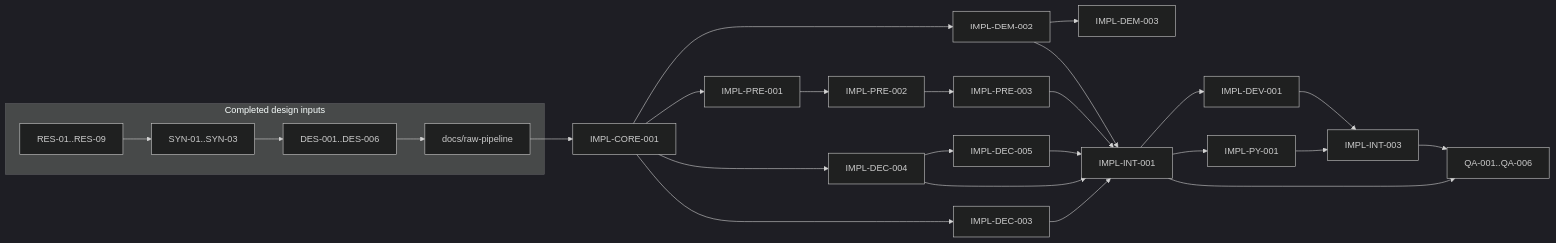
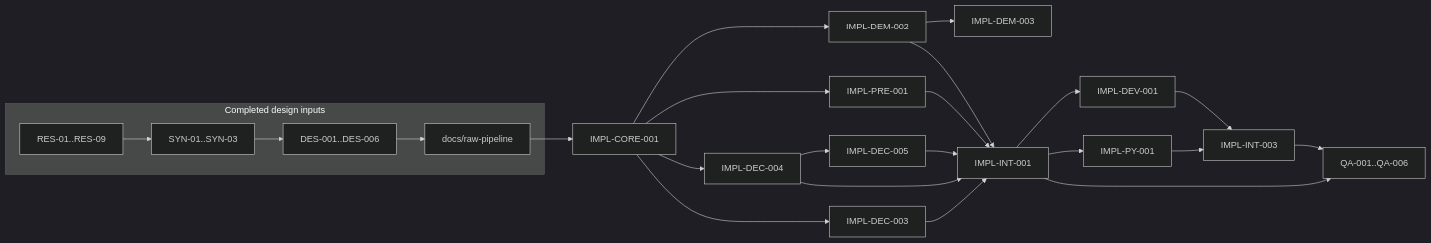
The diagram in agent-work/tasks/raw-pipeline/README.md (Glatzel/fornax), drawn with Mermaid (dark theme) before and after one commit. The commit also changed other lines of this file and 21 other files, not shown here.

Commit message:
feat(impl-pre-001): implement preprocessing pipeline

````diff
--- a/agent-work/tasks/raw-pipeline/README.md
+++ b/agent-work/tasks/raw-pipeline/README.md
@@ -108,45 +105,42 @@
 ```mermaid
 flowchart LR
     subgraph Completed["Completed design inputs"]
         R0["RES-01..RES-09"]
         S["SYN-01..SYN-03"]
         D["DES-001..DES-006"]
         Docs["docs/raw-pipeline"]
         R0 --> S --> D --> Docs
     end
 
     Core["IMPL-CORE-001"]
     LibRaw["IMPL-DEC-003"]
     Dnglab["IMPL-DEC-004"]
     Dnc["IMPL-DEC-005"]
     Pre1["IMPL-PRE-001"]
-    Pre2["IMPL-PRE-002"]
-    Pre3["IMPL-PRE-003"]
     Dem2["IMPL-DEM-002"]
     Dem3["IMPL-DEM-003"]
     Int1["IMPL-INT-001"]
     Py["IMPL-PY-001"]
     Dev["IMPL-DEV-001"]
     Int3["IMPL-INT-003"]
     QA["QA-001..QA-006"]
 
     Docs --> Core
     Core --> LibRaw
     Core --> Dnglab
     Core --> Pre1
     Core --> Dem2
     Dnglab --> Dnc
-    Pre1 --> Pre2 --> Pre3
     Dem2 --> Dem3
     LibRaw --> Int1
     Dnglab --> Int1
     Dnc --> Int1
-    Pre3 --> Int1
+    Pre1 --> Int1
     Dem2 --> Int1
     Int1 --> Py
     Int1 --> Dev
     Py --> Int3
     Dev --> Int3
     Int1 --> QA
     Int3 --> QA
 ```
````
